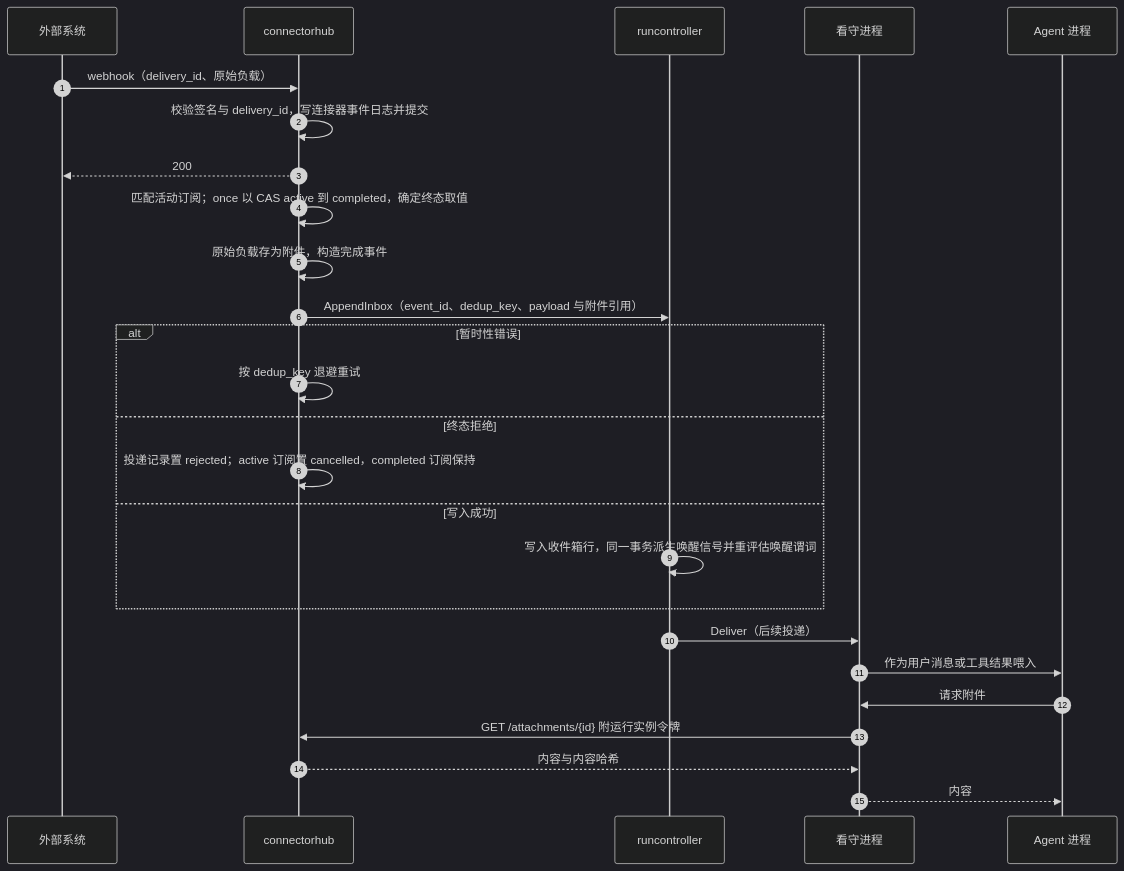
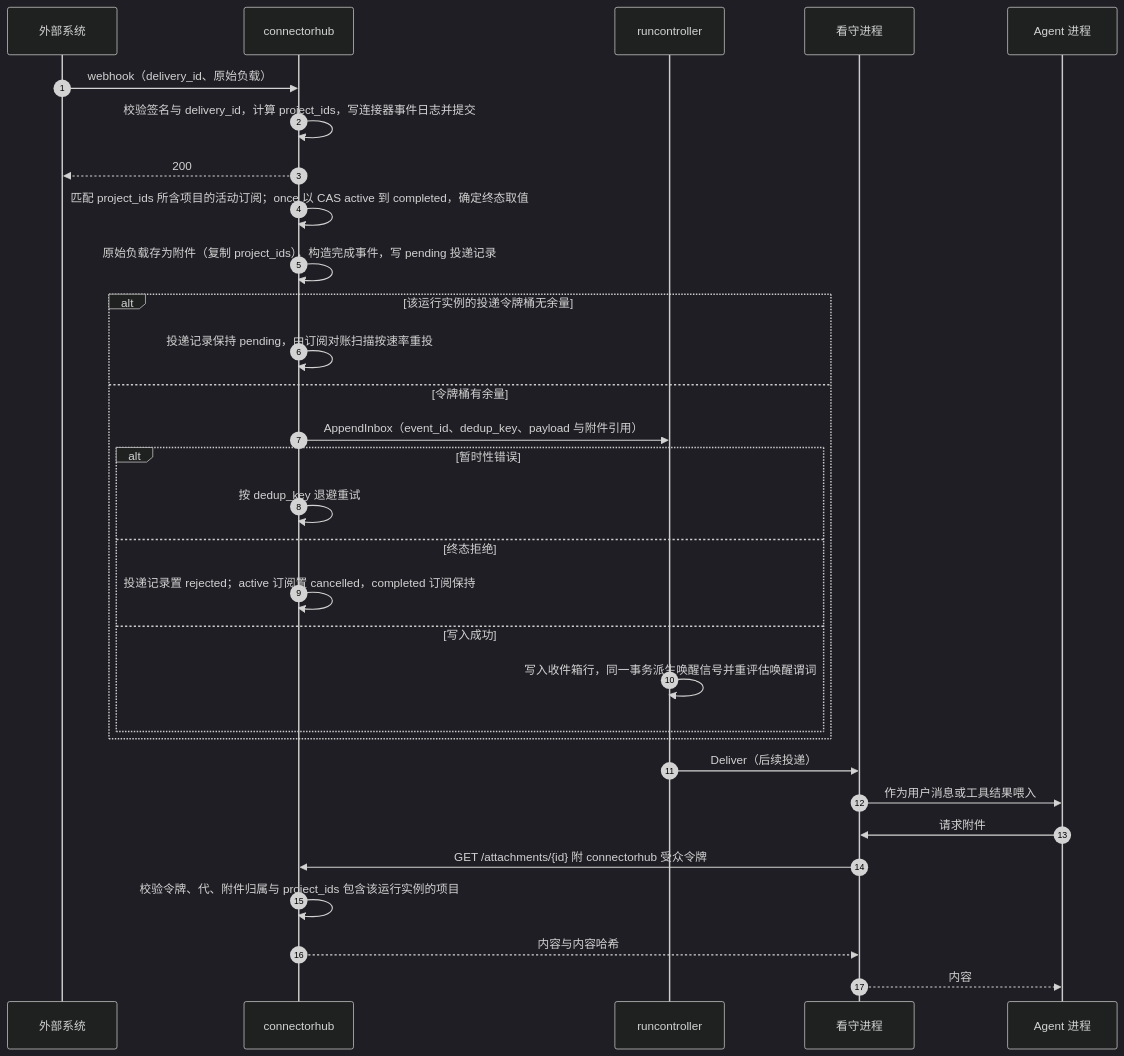
Before and after one commit to wangzw/castworks: the fourth of 4 diagrams in docs/design/modules/connectorhub/design-connectorhub.md, drawn with Mermaid (dark theme). The commit also changed other lines of this file and 29 other files, not shown here.

````diff
--- a/docs/design/modules/connectorhub/design-connectorhub.md
+++ b/docs/design/modules/connectorhub/design-connectorhub.md
@@ -501,28 +576,33 @@
 ```mermaid
 sequenceDiagram
     autonumber
     participant X as 外部系统
     participant C as connectorhub
     participant R as runcontroller
     participant W as 看守进程
     participant A as Agent 进程
     X->>C: webhook（delivery_id、原始负载）
-    C->>C: 校验签名与 delivery_id，写连接器事件日志并提交
+    C->>C: 校验签名与 delivery_id，计算 project_ids，写连接器事件日志并提交
     C-->>X: 200
-    C->>C: 匹配活动订阅；once 以 CAS active 到 completed，确定终态取值
-    C->>C: 原始负载存为附件，构造完成事件
-    C->>R: AppendInbox（event_id、dedup_key、payload 与附件引用）
-    alt 暂时性错误
-        C->>C: 按 dedup_key 退避重试
-    else 终态拒绝
-        C->>C: 投递记录置 rejected；active 订阅置 cancelled，completed 订阅保持
-    else 写入成功
-        R->>R: 写入收件箱行，同一事务派生唤醒信号并重评估唤醒谓词
+    C->>C: 匹配 project_ids 所含项目的活动订阅；once 以 CAS active 到 completed，确定终态取值
+    C->>C: 原始负载存为附件（复制 project_ids），构造完成事件，写 pending 投递记录
+    alt 该运行实例的投递令牌桶无余量
+        C->>C: 投递记录保持 pending，由订阅对账扫描按速率重投
+    else 令牌桶有余量
+        C->>R: AppendInbox（event_id、dedup_key、payload 与附件引用）
+        alt 暂时性错误
+            C->>C: 按 dedup_key 退避重试
+        else 终态拒绝
+            C->>C: 投递记录置 rejected；active 订阅置 cancelled，completed 订阅保持
+        else 写入成功
+            R->>R: 写入收件箱行，同一事务派生唤醒信号并重评估唤醒谓词
+        end
     end
     R->>W: Deliver（后续投递）
     W->>A: 作为用户消息或工具结果喂入
     A->>W: 请求附件
-    W->>C: GET /attachments/{id} 附运行实例令牌
+    W->>C: GET /attachments/{id} 附 connectorhub 受众令牌
+    C->>C: 校验令牌、代、附件归属与 project_ids 包含该运行实例的项目
     C-->>W: 内容与内容哈希
     W-->>A: 内容
 ```
````
